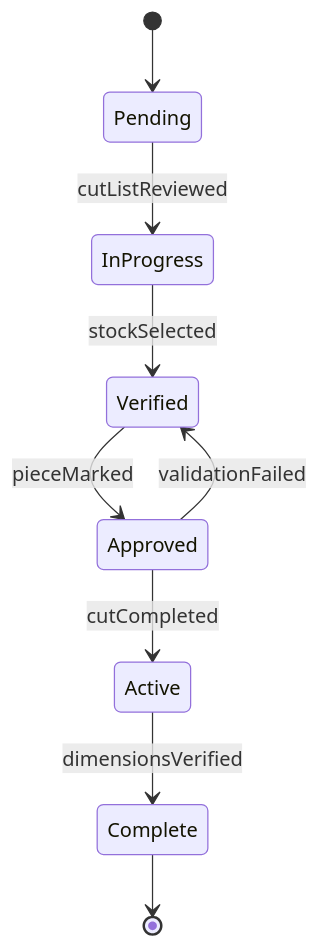
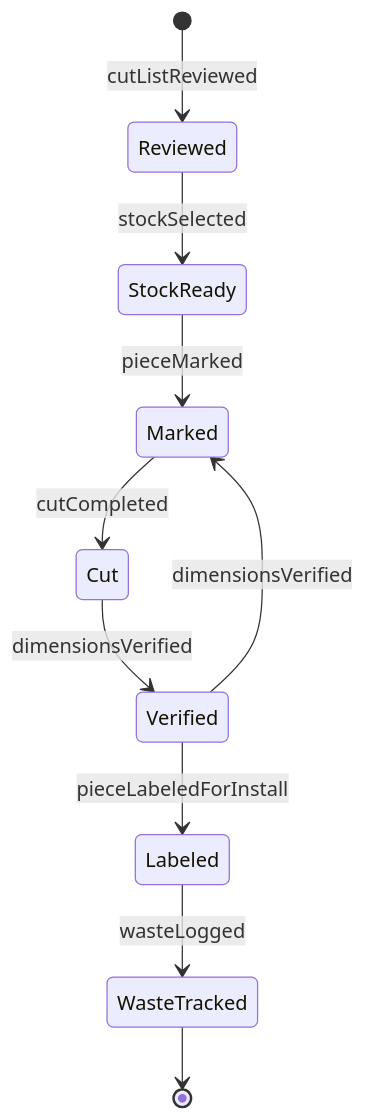
One commit to dot-org-ai/tasks.org.ai changed the second of 4 diagrams in HandlingAndMovingObjects/CutMaterials/CutWoodComponentsInstallation.mdx. Above: the diagram before and after it, drawn with Mermaid. The commit also changed other lines of this file and 515 other files, not shown here.

````diff
--- a/HandlingAndMovingObjects/CutMaterials/CutWoodComponentsInstallation.mdx
+++ b/HandlingAndMovingObjects/CutMaterials/CutWoodComponentsInstallation.mdx
@@ -98,11 +99,12 @@
 ```mermaid
 stateDiagram-v2
-    [*] --> Pending
-    Pending --> InProgress : cutListReviewed
-    InProgress --> Verified : stockSelected
-    Verified --> Approved : pieceMarked
-    Approved --> Active : cutCompleted
-    Active --> Complete : dimensionsVerified
-    Approved --> Verified : validationFailed
-    Complete --> [*]
+    [*] --> Reviewed : cutListReviewed
+    Reviewed --> StockReady : stockSelected
+    StockReady --> Marked : pieceMarked
+    Marked --> Cut : cutCompleted
+    Cut --> Verified : dimensionsVerified
+    Verified --> Labeled : pieceLabeledForInstall
+    Labeled --> WasteTracked : wasteLogged
+    Verified --> Marked : dimensionsVerified
+    WasteTracked --> [*]
 ```
````
